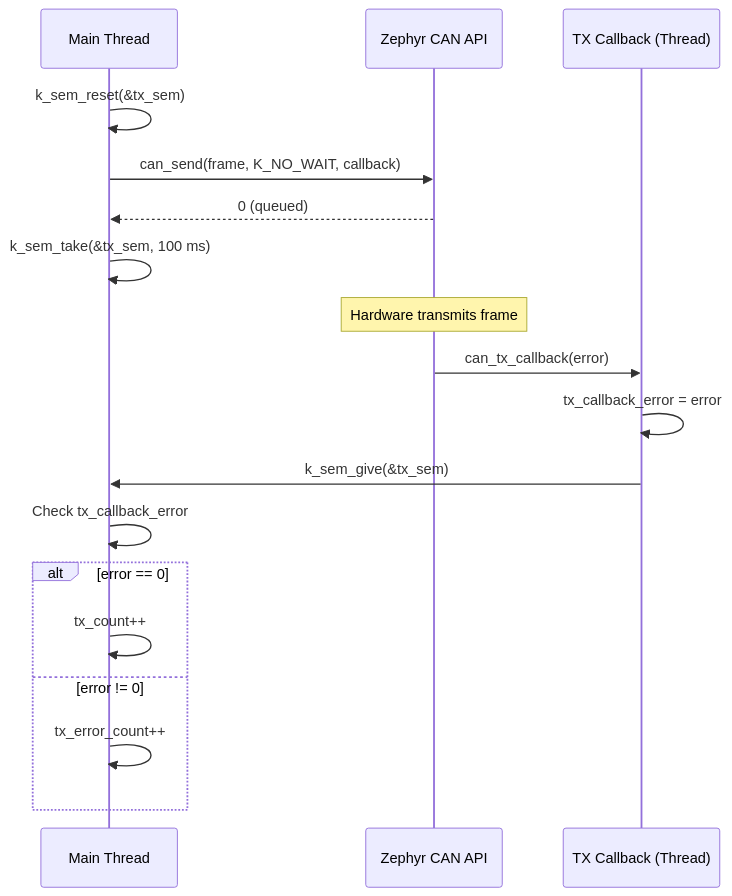
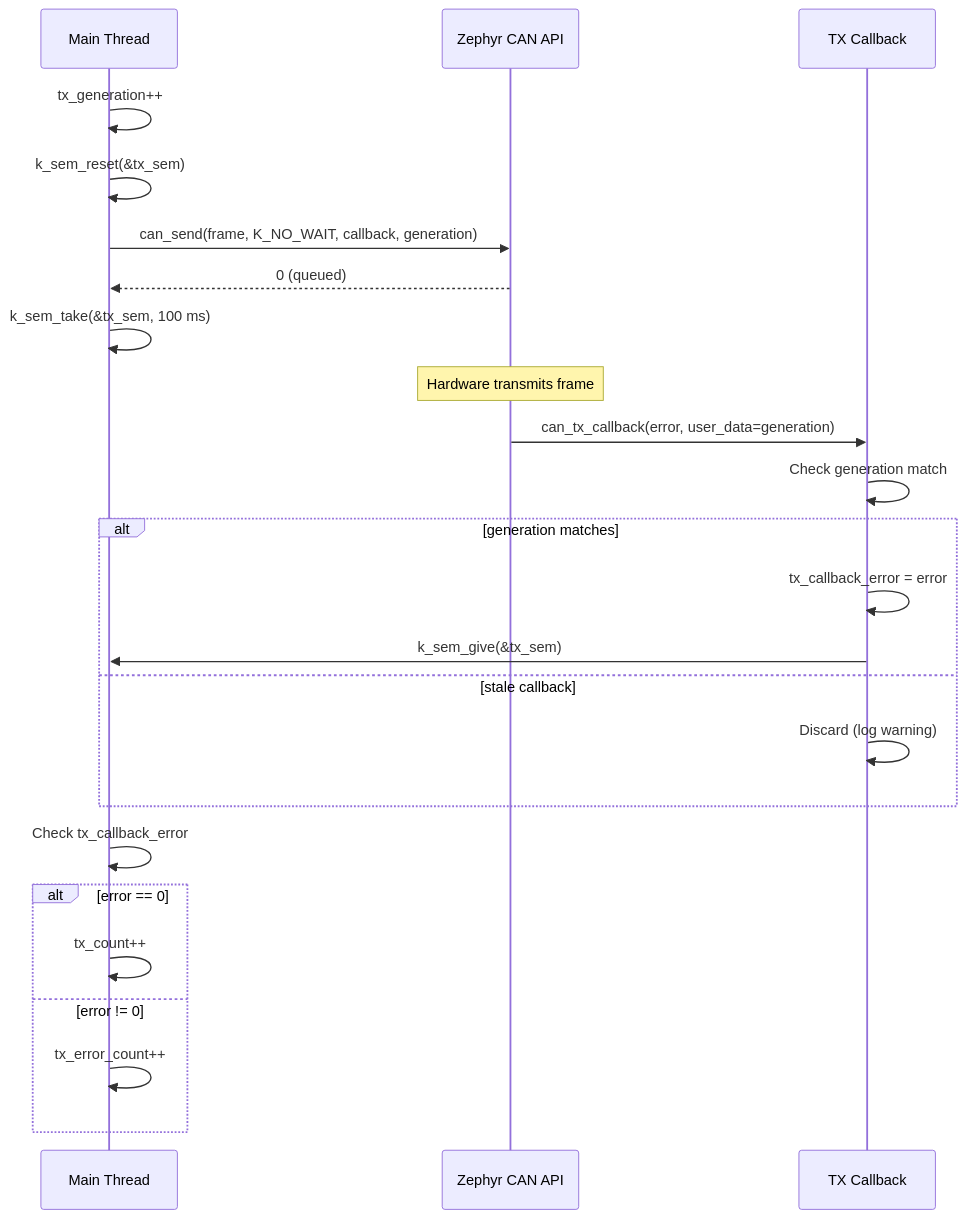
The fifth of 5 diagrams in README.md (uist1idrju3i/study-ZephyrCAN), drawn with Mermaid before and after one commit. The commit also changed other lines of this file and 3 other files, not shown here.

First line of the commit message:
Update documentation: Mermaid diagrams, tx_generation flow, troubleshooting, Kconfig notes

````diff
--- a/README.md
+++ b/README.md
@@ -133,24 +155,30 @@
 ```mermaid
 sequenceDiagram
     participant Main as Main Thread
     participant API as Zephyr CAN API
-    participant CB as TX Callback (Thread)
+    participant CB as TX Callback
 
+    Main->>Main: tx_generation++
     Main->>Main: k_sem_reset(&tx_sem)
-    Main->>API: can_send(frame, K_NO_WAIT, callback)
+    Main->>API: can_send(frame, K_NO_WAIT, callback, generation)
     API-->>Main: 0 (queued)
     Main->>Main: k_sem_take(&tx_sem, 100 ms)
 
     Note over API: Hardware transmits frame
 
-    API->>CB: can_tx_callback(error)
-    CB->>CB: tx_callback_error = error
-    CB->>Main: k_sem_give(&tx_sem)
+    API->>CB: can_tx_callback(error, user_data=generation)
+    CB->>CB: Check generation match
+    alt generation matches
+        CB->>CB: tx_callback_error = error
+        CB->>Main: k_sem_give(&tx_sem)
+    else stale callback
+        CB->>CB: Discard (log warning)
+    end
 
     Main->>Main: Check tx_callback_error
     alt error == 0
         Main->>Main: tx_count++
     else error != 0
         Main->>Main: tx_error_count++
     end
 ```
````
